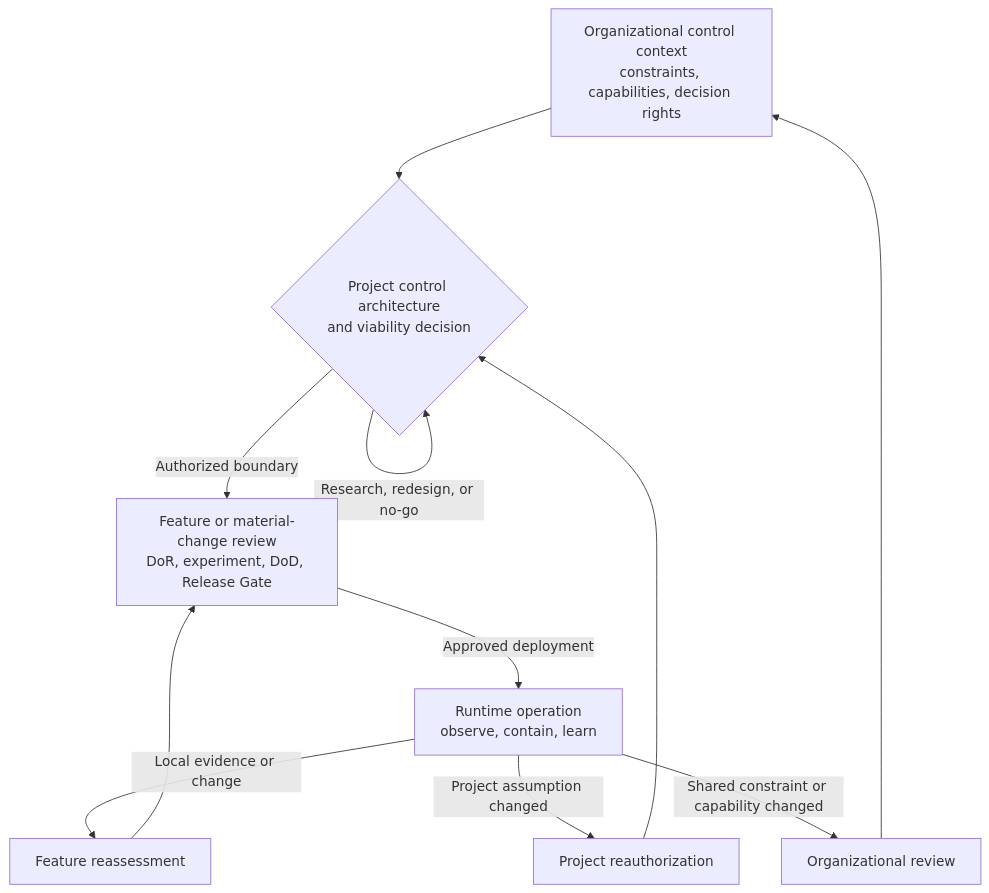
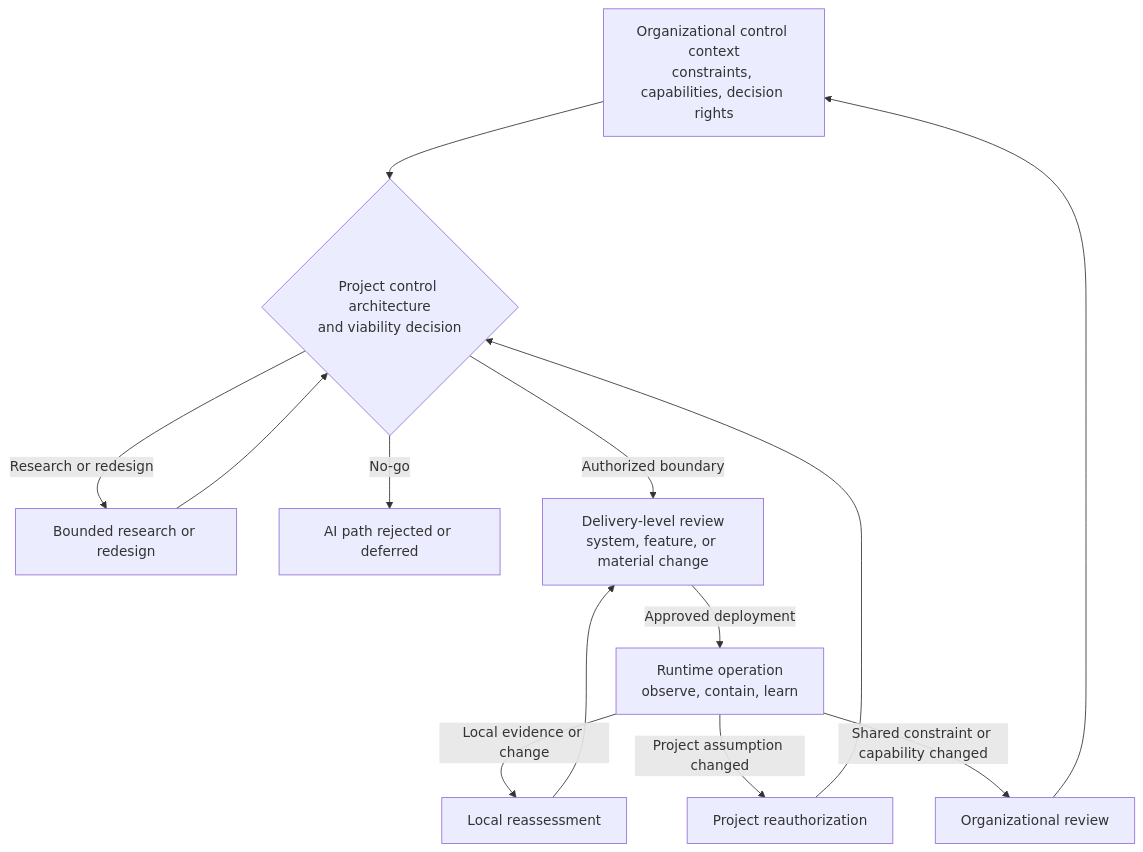
One commit to UncertaintyArchitectureGroup/uncertainty-architecture changed the second of 2 diagrams in 00-doctrine/uncertainty-in-the-controlled-object.md. Above: the diagram before and after it, drawn with Mermaid. The commit also changed other lines of this file, not shown here.

Commit message:
Clarify delivery-level scope and lifecycle outcomes

````diff
--- a/00-doctrine/uncertainty-in-the-controlled-object.md
+++ b/00-doctrine/uncertainty-in-the-controlled-object.md
@@ -246,18 +248,21 @@
 ```mermaid
 flowchart TB
     ORG[Organizational control context<br/>constraints, capabilities, decision rights]
     PROJ{Project control architecture<br/>and viability decision}
-    FEAT[Feature or material-change review<br/>DoR, experiment, DoD, Release Gate]
+    RESEARCH[Bounded research or redesign]
+    STOP[AI path rejected or deferred]
+    DELIV[Delivery-level review<br/>system, feature, or material change]
     RUN[Runtime operation<br/>observe, contain, learn]
-    LOCAL[Feature reassessment]
+    LOCAL[Local reassessment]
     REAUTH[Project reauthorization]
     ORGREVIEW[Organizational review]
 
     ORG --> PROJ
-    PROJ -->|Authorized boundary| FEAT
-    PROJ -->|Research, redesign, or no-go| PROJ
-    FEAT -->|Approved deployment| RUN
-    RUN -->|Local evidence or change| LOCAL --> FEAT
+    PROJ -->|Authorized boundary| DELIV
+    PROJ -->|Research or redesign| RESEARCH --> PROJ
+    PROJ -->|No-go| STOP
+    DELIV -->|Approved deployment| RUN
+    RUN -->|Local evidence or change| LOCAL --> DELIV
     RUN -->|Project assumption changed| REAUTH --> PROJ
     RUN -->|Shared constraint or capability changed| ORGREVIEW --> ORG
 ```
````
